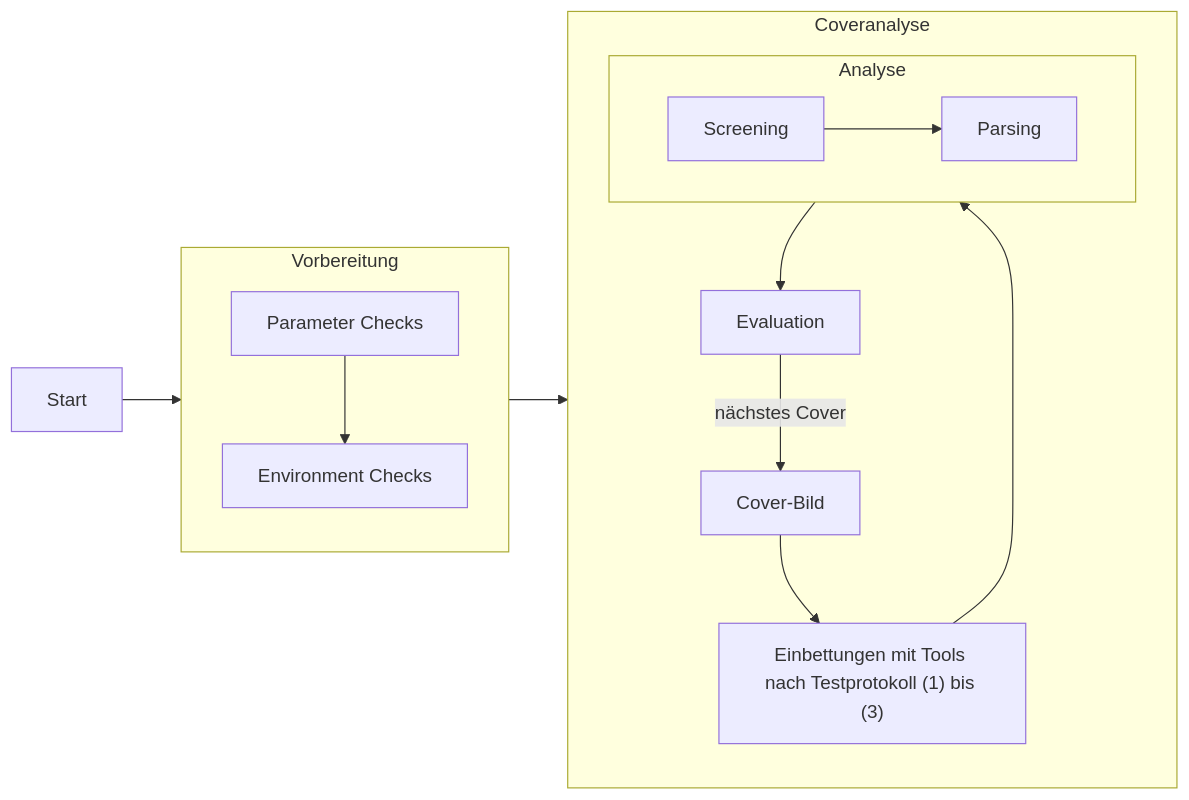
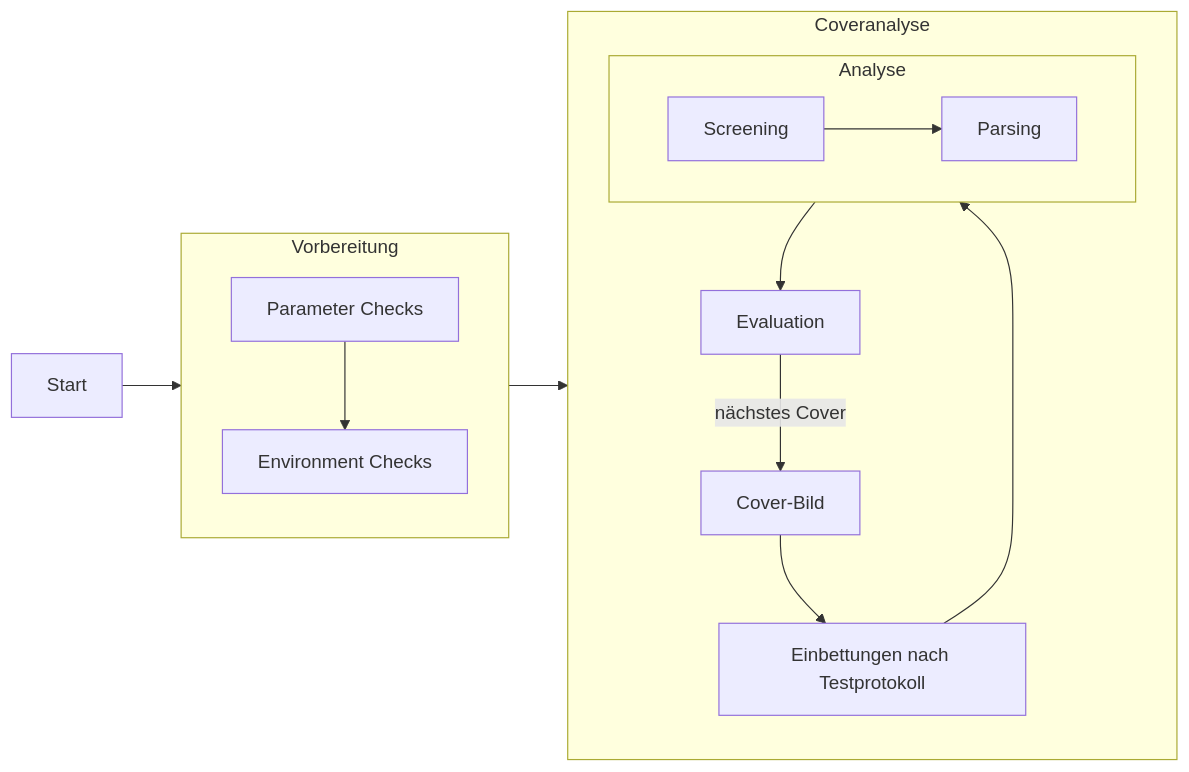
One commit to bh-8/amsl-it-security-projects changed the diagram in SMKITS5/README.md. Above: the diagram before and after it, drawn with Mermaid.

````diff
--- a/SMKITS5/README.md
+++ b/SMKITS5/README.md
@@ -78,28 +78,28 @@
     ```mermaid
     flowchart LR;
       start["Start"]
       subgraph Vorbereitung
         direction TB
         params["Parameter Checks"]
         env["Environment Checks"]
         params-->env
       end
       subgraph Coveranalyse
         direction TB
         new["Cover-Bild"]
-        embed["Einbettungen mit Tools nach Testprotokoll (1) bis (3)"]
+        embed["Einbettungen nach Testprotokoll"]
         subgraph Analyse
           direction LR
           screening["Screening"]
           parsing["Parsing"]
           screening-->parsing
         end
         eval["Evaluation"]
         new-->embed
-        embed-->Analyse
-        Analyse-->eval
+        embed-->screening
+        parsing-->eval
         eval--nächstes Cover-->new
       end
       start-->params
       env-->new
     ```
````
